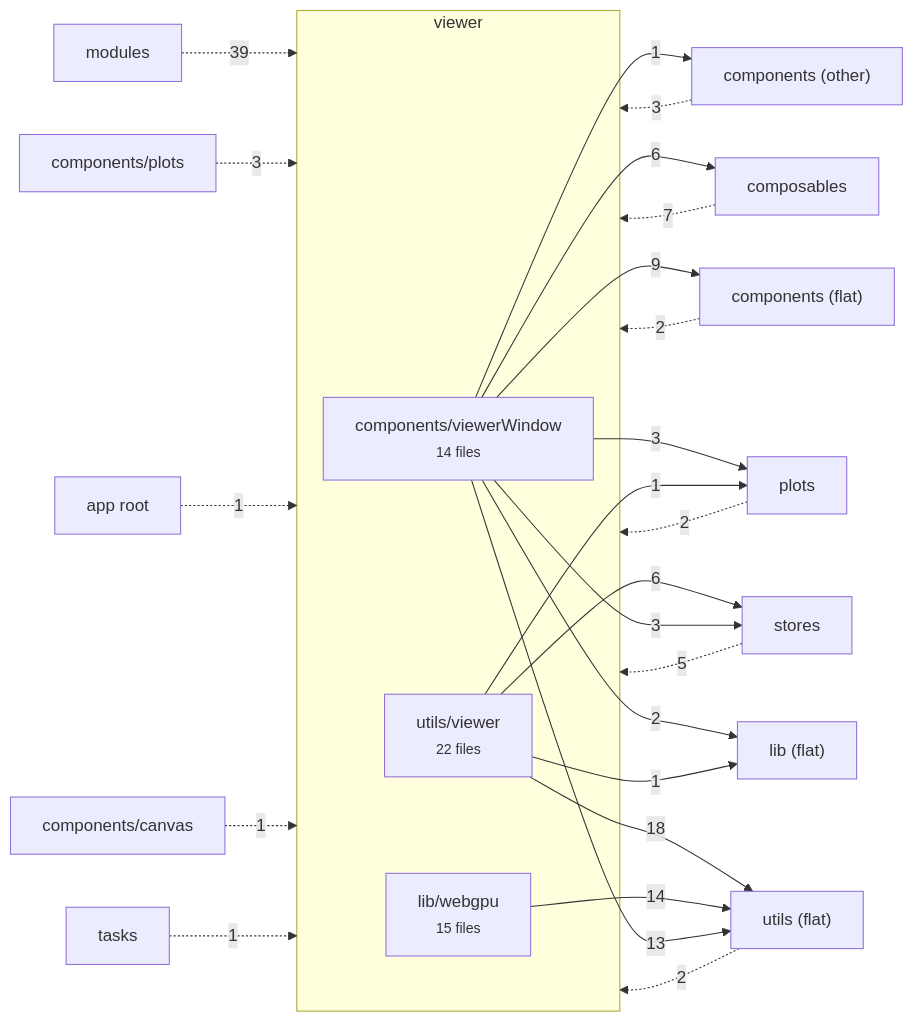
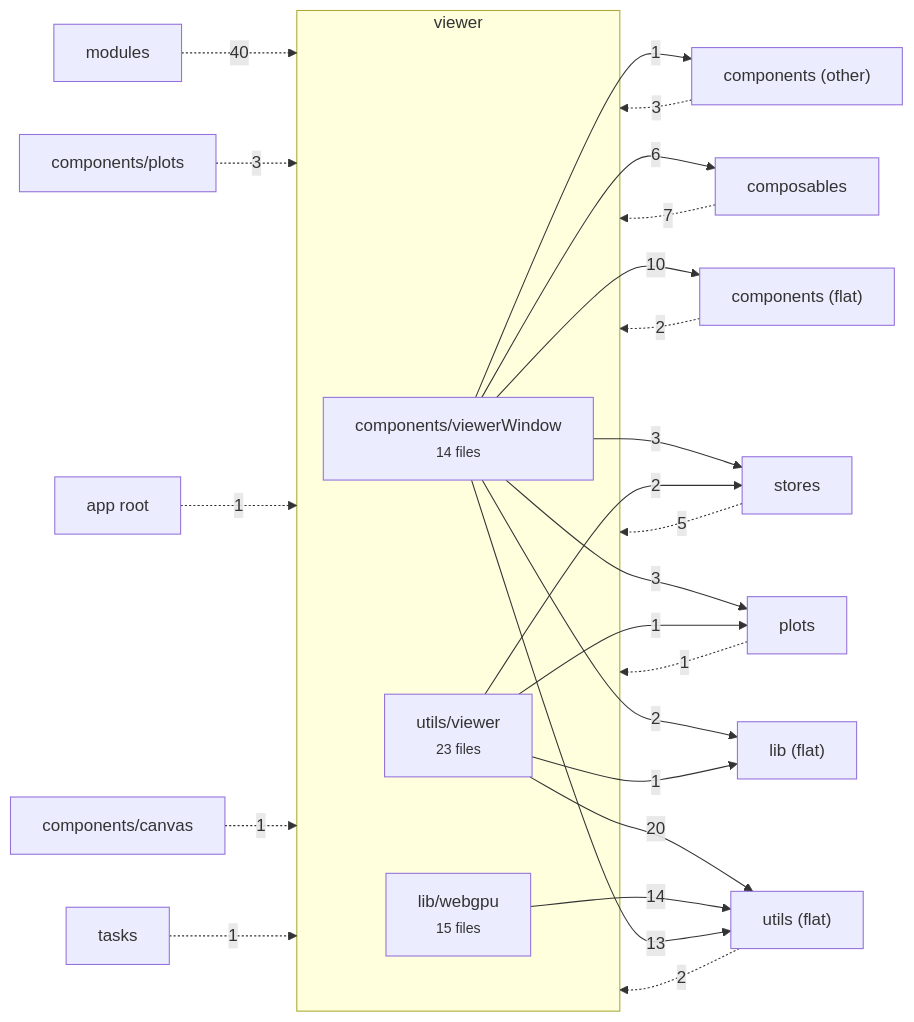
Before and after one commit to schienstockd/cecelia: the diagram in docs/architecture/vue/viewer.md, drawn with Mermaid. The commit also changed other lines of this file and 33 other files, not shown here.

````diff
--- a/docs/architecture/vue/viewer.md
+++ b/docs/architecture/vue/viewer.md
@@ -9,31 +9,31 @@
 ```mermaid
 flowchart LR
   subgraph V["viewer"]
     components_viewerWindow["components/viewerWindow<br/><small>14 files</small>"]
     lib_webgpu["lib/webgpu<br/><small>15 files</small>"]
-    utils_viewer["utils/viewer<br/><small>22 files</small>"]
+    utils_viewer["utils/viewer<br/><small>23 files</small>"]
   end
-  utils_viewer -->|18| utils__flat_["utils (flat)"]
+  utils_viewer -->|20| utils__flat_["utils (flat)"]
   lib_webgpu -->|14| utils__flat_["utils (flat)"]
   components_viewerWindow -->|13| utils__flat_["utils (flat)"]
-  components_viewerWindow -->|9| components__flat_["components (flat)"]
+  components_viewerWindow -->|10| components__flat_["components (flat)"]
   components_viewerWindow -->|6| composables["composables"]
-  utils_viewer -->|6| stores["stores"]
   components_viewerWindow -->|3| plots["plots"]
   components_viewerWindow -->|3| stores["stores"]
   components_viewerWindow -->|2| lib__flat_["lib (flat)"]
+  utils_viewer -->|2| stores["stores"]
   components_viewerWindow -->|1| components__other_["components (other)"]
   utils_viewer -->|1| lib__flat_["lib (flat)"]
   utils_viewer -->|1| plots["plots"]
-  modules["modules"] -.->|39| V
+  modules["modules"] -.->|40| V
   composables["composables"] -.->|7| V
   stores["stores"] -.->|5| V
   components__other_["components (other)"] -.->|3| V
   components_plots["components/plots"] -.->|3| V
   components__flat_["components (flat)"] -.->|2| V
-  plots["plots"] -.->|2| V
   utils__flat_["utils (flat)"] -.->|2| V
   app_root["app root"] -.->|1| V
   components_canvas["components/canvas"] -.->|1| V
+  plots["plots"] -.->|1| V
   tasks["tasks"] -.->|1| V
 ```
````
